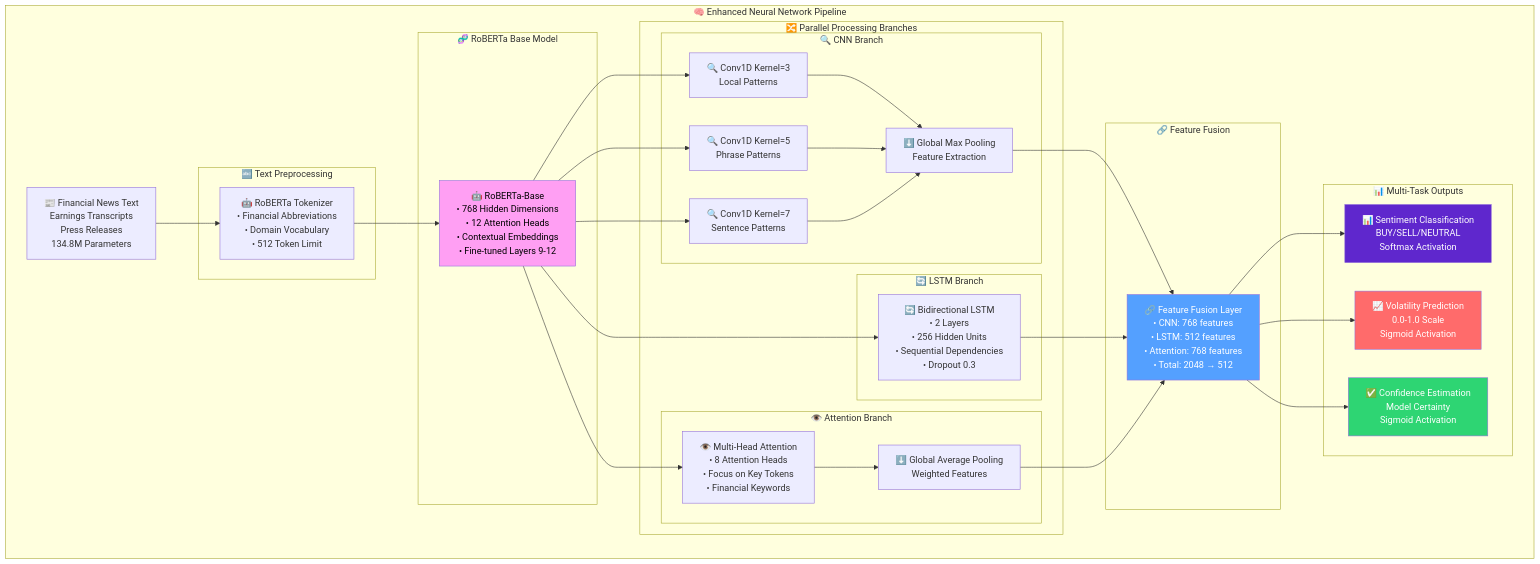
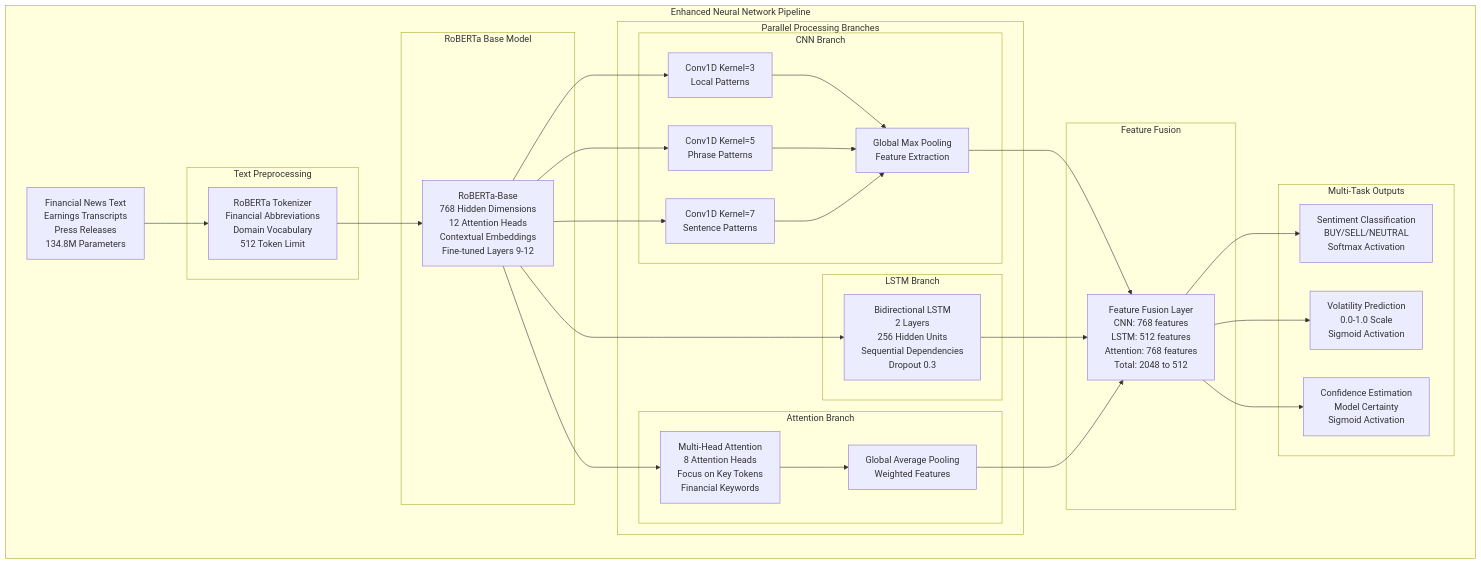
Before and after one commit to jaygasi/news_analyzer: the third of 8 diagrams in news_cruncher/README.md, drawn with Mermaid. The commit also changed other lines of this file, not shown here.

````diff
--- a/news_cruncher/README.md
+++ b/news_cruncher/README.md
@@ -839,70 +183,64 @@
 ```mermaid
 graph TB
-    subgraph "🧠 Enhanced Neural Network Pipeline"
-        Input[📰 Financial News Text<br/>Earnings Transcripts<br/>Press Releases<br/>134.8M Parameters]
+    subgraph "Enhanced Neural Network Pipeline"
+        Input["Financial News Text<br/>Earnings Transcripts<br/>Press Releases<br/>134.8M Parameters"]
         
-        subgraph "🔤 Text Preprocessing"
-            Tokenizer[🤖 RoBERTa Tokenizer<br/>• Financial Abbreviations<br/>• Domain Vocabulary<br/>• 512 Token Limit]
+        subgraph "Text Preprocessing"
+            Tokenizer["RoBERTa Tokenizer<br/>Financial Abbreviations<br/>Domain Vocabulary<br/>512 Token Limit"]
         end
         
-        subgraph "🧬 RoBERTa Base Model"
-            RoBERTa[🤖 RoBERTa-Base<br/>• 768 Hidden Dimensions<br/>• 12 Attention Heads<br/>• Contextual Embeddings<br/>• Fine-tuned Layers 9-12]
+        subgraph "RoBERTa Base Model"
+            RoBERTa["RoBERTa-Base<br/>768 Hidden Dimensions<br/>12 Attention Heads<br/>Contextual Embeddings<br/>Fine-tuned Layers 9-12"]
         end
         
-        subgraph "🔀 Parallel Processing Branches"
-            subgraph "🔍 CNN Branch"
-                CNN3[🔍 Conv1D Kernel=3<br/>Local Patterns]
-                CNN5[🔍 Conv1D Kernel=5<br/>Phrase Patterns]
-                CNN7[🔍 Conv1D Kernel=7<br/>Sentence Patterns]
-                CNNPool[⬇️ Global Max Pooling<br/>Feature Extraction]
+        subgraph "Parallel Processing Branches"
+            subgraph "CNN Branch"
+                CNN3["Conv1D Kernel=3<br/>Local Patterns"]
+                CNN5["Conv1D Kernel=5<br/>Phrase Patterns"]
+                CNN7["Conv1D Kernel=7<br/>Sentence Patterns"]
+                CNNPool["Global Max Pooling<br/>Feature Extraction"]
             end
             
-            subgraph "🔄 LSTM Branch"
-                BiLSTM[🔄 Bidirectional LSTM<br/>• 2 Layers<br/>• 256 Hidden Units<br/>• Sequential Dependencies<br/>• Dropout 0.3]
+            subgraph "LSTM Branch"
+                BiLSTM["Bidirectional LSTM<br/>2 Layers<br/>256 Hidden Units<br/>Sequential Dependencies<br/>Dropout 0.3"]
             end
             
-            subgraph "👁️ Attention Branch"
-                MultiHead[👁️ Multi-Head Attention<br/>• 8 Attention Heads<br/>• Focus on Key Tokens<br/>• Financial Keywords]
-                AttentionPool[⬇️ Global Average Pooling<br/>Weighted Features]
+            subgraph "Attention Branch"
+                MultiHead["Multi-Head Attention<br/>8 Attention Heads<br/>Focus on Key Tokens<br/>Financial Keywords"]
+                AttentionPool["Global Average Pooling<br/>Weighted Features"]
             end
         end
         
-        subgraph "🔗 Feature Fusion"
-            Fusion[🔗 Feature Fusion Layer<br/>• CNN: 768 features<br/>• LSTM: 512 features<br/>• Attention: 768 features<br/>• Total: 2048 → 512]
+        subgraph "Feature Fusion"
+            Fusion["Feature Fusion Layer<br/>CNN: 768 features<br/>LSTM: 512 features<br/>Attention: 768 features<br/>Total: 2048 to 512"]
         end
         
-        subgraph "📊 Multi-Task Outputs"
-            Sentiment[📊 Sentiment Classification<br/>BUY/SELL/NEUTRAL<br/>Softmax Activation]
-            Volatility[📈 Volatility Prediction<br/>0.0-1.0 Scale<br/>Sigmoid Activation]
-            Confidence[✅ Confidence Estimation<br/>Model Certainty<br/>Sigmoid Activation]
+        subgraph "Multi-Task Outputs"
+            Sentiment["Sentiment Classification<br/>BUY/SELL/NEUTRAL<br/>Softmax Activation"]
+            Volatility["Volatility Prediction<br/>0.0-1.0 Scale<br/>Sigmoid Activation"]
+            Confidence["Confidence Estimation<br/>Model Certainty<br/>Sigmoid Activation"]
         end
     end
     
     Input --> Tokenizer
     Tokenizer --> RoBERTa
     
     RoBERTa --> CNN3
     RoBERTa --> CNN5
     RoBERTa --> CNN7
     RoBERTa --> BiLSTM
     RoBERTa --> MultiHead
     
     CNN3 --> CNNPool
     CNN5 --> CNNPool
     CNN7 --> CNNPool
     MultiHead --> AttentionPool
     
     CNNPool --> Fusion
     BiLSTM --> Fusion
     AttentionPool --> Fusion
     
     Fusion --> Sentiment
     Fusion --> Volatility
     Fusion --> Confidence
-    
-    style RoBERTa fill:#ff9ff3,color:#000
-    style Fusion fill:#54a0ff,color:#fff
-    style Sentiment fill:#5f27cd,color:#fff
-    style Volatility fill:#ff6b6b,color:#fff
-    style Confidence fill:#2ed573,color:#fff
 ```
````
